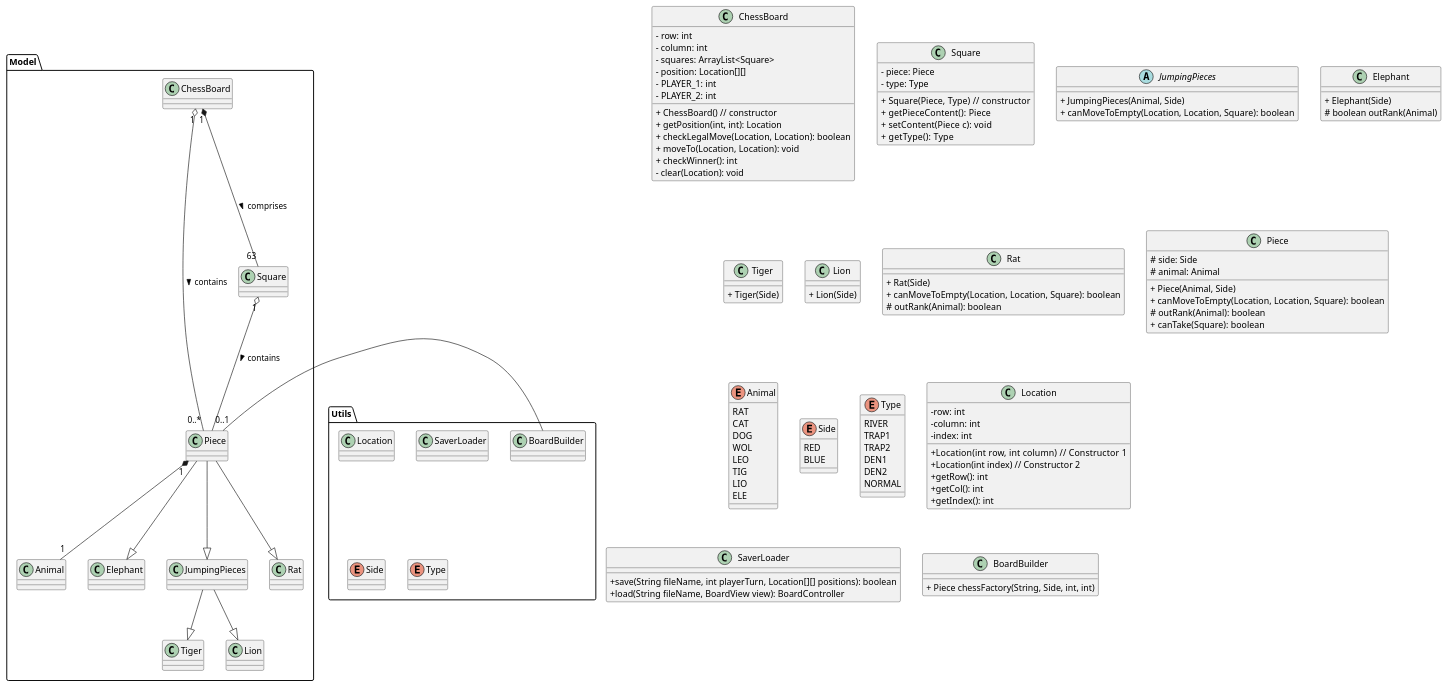
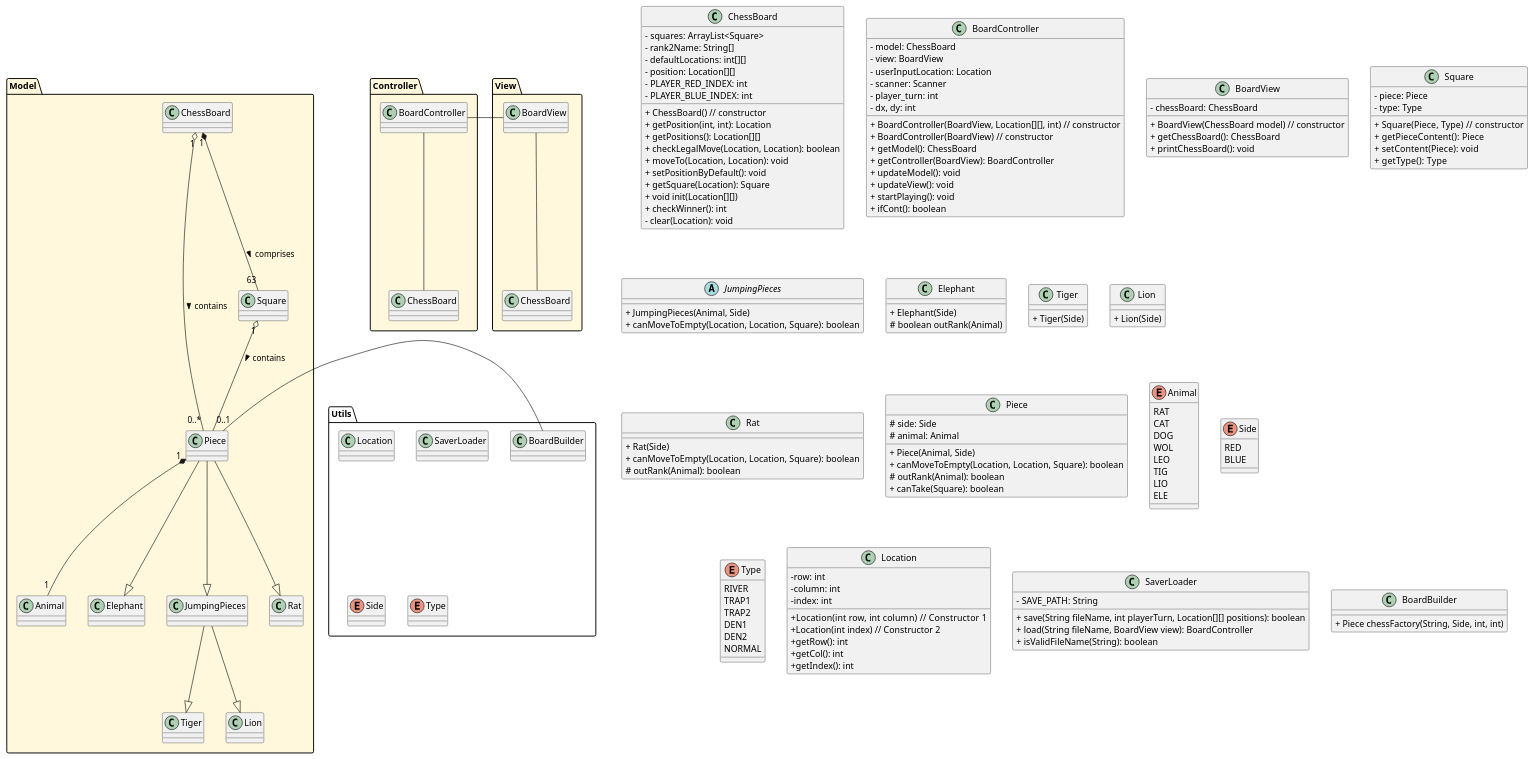
Before and after one commit to Edo-kawa/SE-Project: the diagram in src/main/java/UML/UpdatedClassDiagram.puml, drawn with PlantUML. The commit also changed 2 other files, not shown here.

Commit message:
Update uml

```diff
--- a/src/main/java/UML/UpdatedClassDiagram.puml
+++ b/src/main/java/UML/UpdatedClassDiagram.puml
@@ -1,137 +1,175 @@
 @startuml
 'https://plantuml.com/class-diagram
 
-package "Model" {
+package "Model" #FFF8DC{
     ChessBoard "1" o-- "0..*" Piece: contains >
     ChessBoard "1" *-- "63" Square: comprises >
 
     Square "1" o-- "0..1" Piece: contains >
 
     Piece "1" *-- "1" Animal
     Piece --|> Elephant
     Piece --|> JumpingPieces
     Piece --|> Rat
     JumpingPieces --|> Tiger
     JumpingPieces --|> Lion
 }
 
 package "Utils" {
     class Location
     class SaverLoader
     enum Side
     enum Type
     class BoardBuilder
 }
 
 Piece - BoardBuilder
 
 class ChessBoard {
-<plain>- row: int
-<plain>- column: int
 <plain>- squares: ArrayList<Square>
+<plain>- rank2Name: String[]
+<plain>- defaultLocations: int[][]
 <plain>- position: Location[][]
-<plain>- PLAYER_1: int
-<plain>- PLAYER_2: int
+<plain>- PLAYER_RED_INDEX: int
+<plain>- PLAYER_BLUE_INDEX: int
 
 <plain>+ ChessBoard() // constructor
 <plain>+ getPosition(int, int): Location
+<plain>+ getPositions(): Location[][]
 <plain>+ checkLegalMove(Location, Location): boolean
 '<plain>+ boolean checkLegalMove(int index, Location to)
 <plain>+ moveTo(Location, Location): void
+<plain>+ setPositionByDefault(): void
+<plain>+ getSquare(Location): Square
+<plain>+ void init(Location[][])
 '<plain>+ void moveTo(int index, Location to)
 <plain>+ checkWinner(): int
 <plain>- clear(Location): void
+}
+
+
+package "View" #FFF8DC {
+    BoardView -- ChessBoard
+}
+
+package "Controller" #FFF8DC {
+    BoardController -- ChessBoard
+    BoardController - BoardView
+}
+class BoardController{
+<plain>- model: ChessBoard
+<plain>- view: BoardView
+<plain>- userInputLocation: Location
+<plain>- scanner: Scanner
+<plain>- player_turn: int
+<plain>- dx, dy: int
+<plain>+ BoardController(BoardView, Location[][], int) // constructor
+<plain>+ BoardController(BoardView) // constructor
+<plain>+ getModel(): ChessBoard
+<plain>+ getController(BoardView): BoardController
+<plain>+ updateModel(): void
+<plain>+ updateView(): void
+<plain>+ startPlaying(): void
+<plain>+ ifCont(): boolean
+}
+
+class BoardView{
+<plain>- chessBoard: ChessBoard
+<plain>+ BoardView(ChessBoard model) // constructor
+<plain>+ getChessBoard(): ChessBoard
+<plain>+ printChessBoard(): void
 }
 
 class Square {
     <plain>- piece: Piece
     <plain>- type: Type
 
     <plain>+  Square(Piece, Type) // constructor
     <plain>+  getPieceContent(): Piece
-    <plain>+  setContent(Piece c): void
+    <plain>+  setContent(Piece): void
     <plain>+  getType(): Type
 }
 
 Abstract class JumpingPieces{
     <plain>+ JumpingPieces(Animal, Side)
     <plain>+ canMoveToEmpty(Location, Location, Square): boolean
 
 }
 class Elephant{
     <plain>+ Elephant(Side)
-
-
     <plain># boolean outRank(Animal)
 }
 class Tiger{
     <plain>+ Tiger(Side)
 }
 
 class Lion{
     <plain>+ Lion(Side)
 }
 
 class Rat{
     <plain>+ Rat(Side)
     <plain>+ canMoveToEmpty(Location, Location, Square): boolean
     <plain># outRank(Animal): boolean
 }
 
 class Piece {
     <plain># side: Side
     <plain># animal: Animal
 
     <plain>+ Piece(Animal, Side)
     <plain>+ canMoveToEmpty(Location, Location, Square): boolean
     <plain># outRank(Animal): boolean
     <plain>+ canTake(Square): boolean
 }
 
 enum Animal {
     RAT
     CAT
     DOG
     WOL
     LEO
     TIG
     LIO
     ELE
 }
 
 enum Side {
     RED
     BLUE
 }
 
 enum Type {
     RIVER
     TRAP1
     TRAP2
     DEN1
     DEN2
     NORMAL
 }
 
 class Location {
     <plain>-row: int
     <plain>-column: int
     <plain>-index: int
     <plain>+Location(int row, int column)   // Constructor 1
     <plain>+Location(int index) // Constructor 2
     <plain>+getRow(): int
     <plain>+getCol(): int
     <plain>+getIndex(): int
 
 }
 
 class SaverLoader {
-    <plain>+save(String fileName, int playerTurn, Location[][] positions): boolean
-    <plain>+load(String fileName, BoardView view): BoardController
+    <plain>- SAVE_PATH: String
+    <plain>+ save(String fileName, int playerTurn, Location[][] positions): boolean
+    <plain>+ load(String fileName, BoardView view): BoardController
+    <plain>+ isValidFileName(String): boolean
+
 }
 
 class BoardBuilder {
     <plain>+ Piece chessFactory(String, Side, int, int)
 }
 
 @enduml
```
